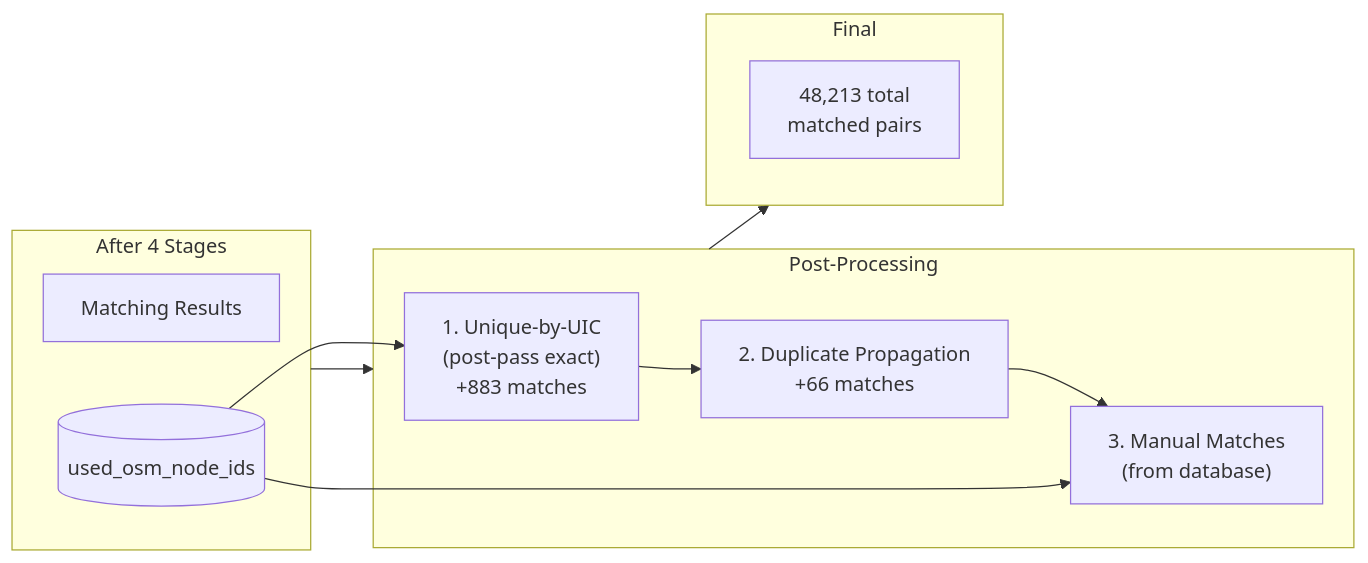
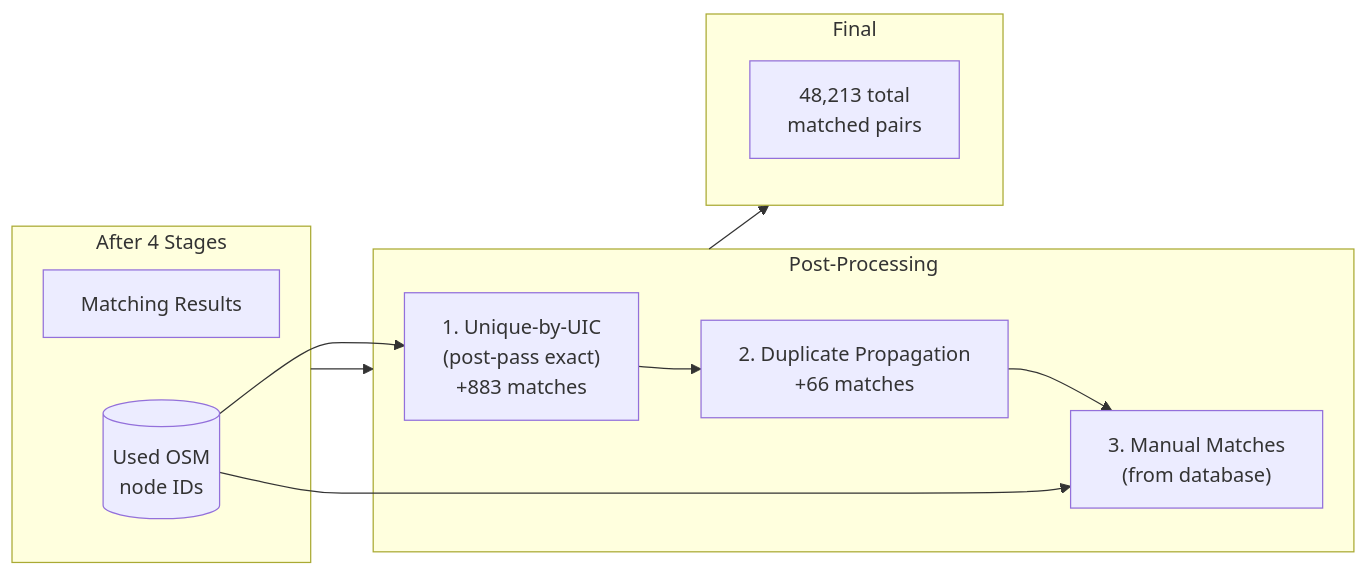
The diagram in documentation/2.5 Post-processing.md (openTdataCH/stop_sync_osm_atlas), drawn with Mermaid before and after one commit. The commit also changed 6 other files, not shown here.

````diff
--- a/documentation/2.5 Post-processing.md
+++ b/documentation/2.5 Post-processing.md
@@ -5,22 +5,22 @@
 ```mermaid
 flowchart LR
     subgraph Input["After 4 Stages"]
         I[Matching Results]
-        U[(used_osm_node_ids)]
+        U[("Used OSM<br/>node IDs")]
     end
     
     subgraph Post["Post-Processing"]
         P1["1. Unique-by-UIC<br/>(post-pass exact)<br/>+883 matches"]
         P2["2. Duplicate Propagation<br/>+66 matches"]
         P3["3. Manual Matches<br/>(from database)"]
         P1 --> P2 --> P3
     end
     
     subgraph Output["Final"]
         O["48,213 total<br/>matched pairs"]
     end
     
     Input --> Post --> Output
     U --> P1
     U --> P3
 ```
````
